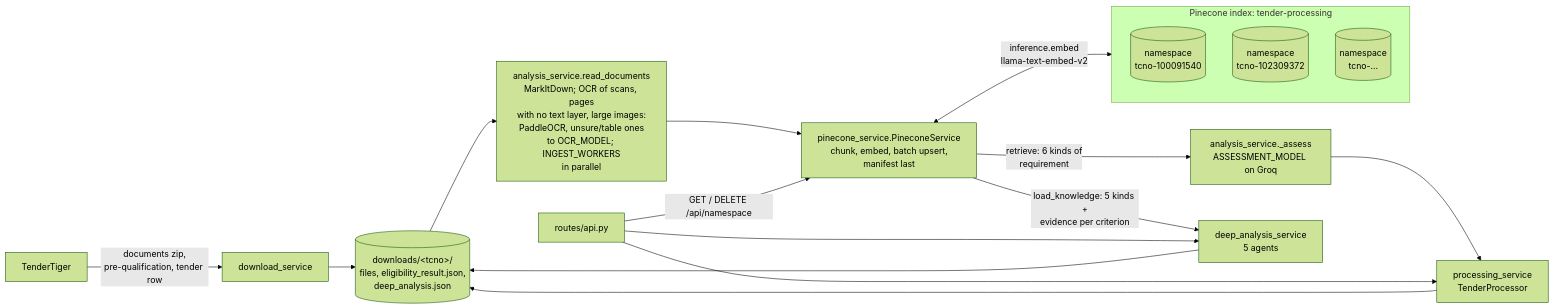
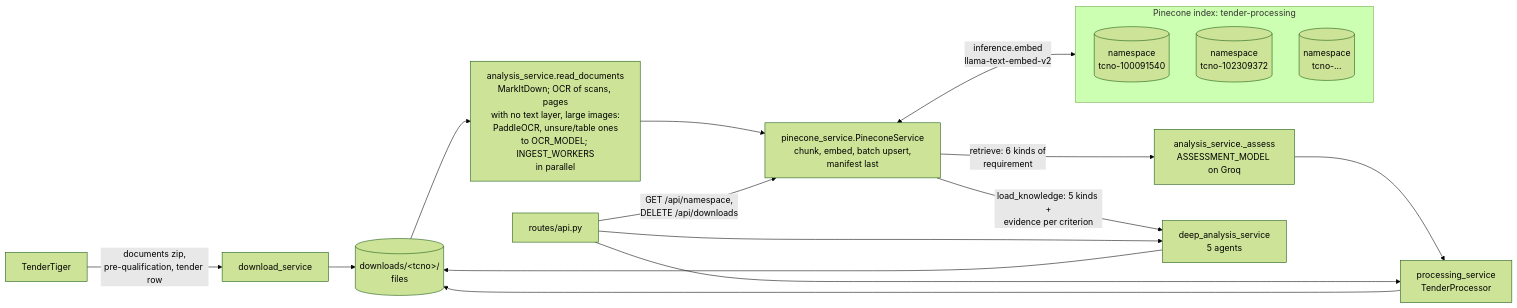
The first of 2 diagrams in docs/pinecone-architecture.md (Aminul1993/Tender-Processing), drawn with Mermaid (forest theme) before and after one commit. The commit also changed other lines of this file and 40 other files, not shown here.

````diff
--- a/docs/pinecone-architecture.md
+++ b/docs/pinecone-architecture.md
@@ -27,21 +27,21 @@
 ```mermaid
 flowchart LR
     TT[TenderTiger] -->|documents zip,<br/>pre-qualification, tender row| DL[download_service]
-    DL --> FS[(downloads/&lt;tcno&gt;/<br/>files, eligibility_result.json,<br/>deep_analysis.json)]
+    DL --> FS[(downloads/&lt;tcno&gt;/<br/>files)]
     FS --> EX[analysis_service.read_documents<br/>MarkItDown; OCR of scans, pages<br/>with no text layer, large images:<br/>PaddleOCR, unsure/table ones<br/>to OCR_MODEL; INGEST_WORKERS<br/>in parallel]
     EX --> PS[pinecone_service.PineconeService<br/>chunk, embed, batch upsert,<br/>manifest last]
     PS <-->|inference.embed<br/>llama-text-embed-v2| PC
     subgraph PC[Pinecone index: tender-processing]
         N1[(namespace<br/>tcno-100091540)]
         N2[(namespace<br/>tcno-102309372)]
         N3[(namespace<br/>tcno-...)]
     end
     PS -->|retrieve: 6 kinds of<br/>requirement| AS[analysis_service._assess<br/>ASSESSMENT_MODEL on Groq]
     AS --> PR[processing_service<br/>TenderProcessor]
     PR --> FS
     PS -->|load_knowledge: 5 kinds +<br/>evidence per criterion| DA[deep_analysis_service<br/>5 agents]
     DA --> FS
     API[routes/api.py] --> PR
     API --> DA
-    API -->|GET / DELETE /api/namespace| PS
+    API -->|GET /api/namespace,<br/>DELETE /api/downloads| PS
 ```
````
